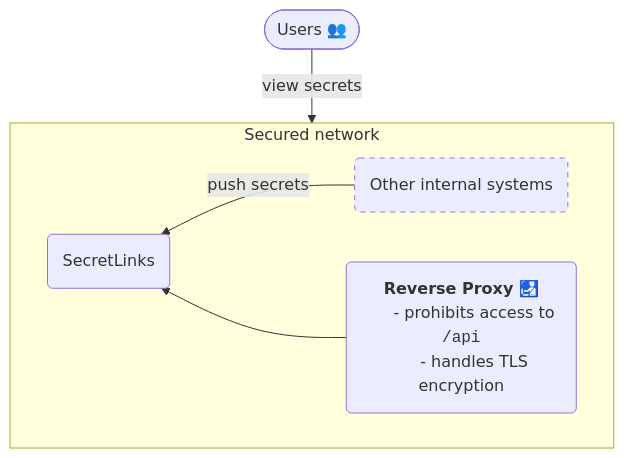
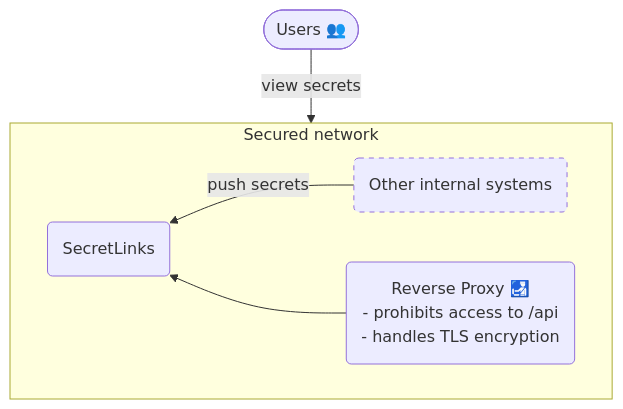
Before and after one commit to jantari/SecretLinks: the diagram in README.md, drawn with Mermaid. The commit also changed other lines of this file, not shown here.

````diff
--- a/README.md
+++ b/README.md
@@ -94,17 +101,17 @@
 ```mermaid
 flowchart TD;
     SECRETLINKS(SecretLinks);
     INTERNAL(Other internal systems);
     USERS(["Users 👥"]);
-    PROXY("<b>Reverse Proxy 🛃</b>
-      - prohibits access to <samp>/api</samp>
+    PROXY("Reverse Proxy 🛃
+      - prohibits access to /api
       - handles TLS encryption
     ");
     style INTERNAL stroke,stroke-dasharray: 5 5
     subgraph Secured network
       direction RL
       INTERNAL-- push secrets -->SECRETLINKS;
       PROXY-->SECRETLINKS;
     end
     USERS-- view secrets -->PROXY;
 ```
````
